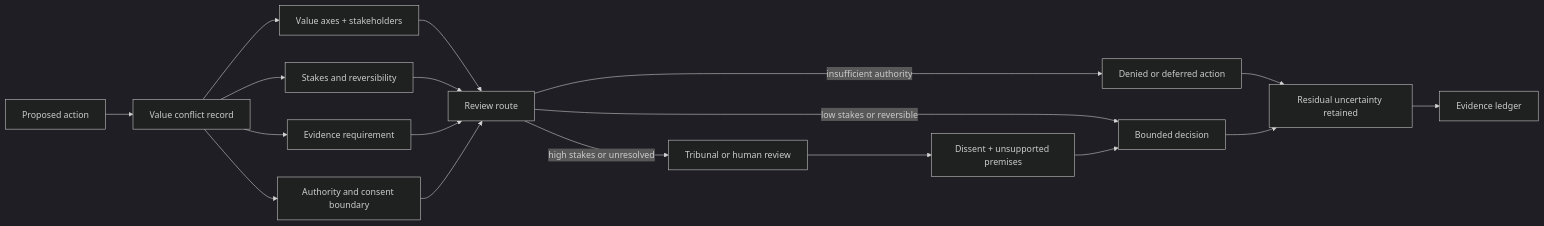
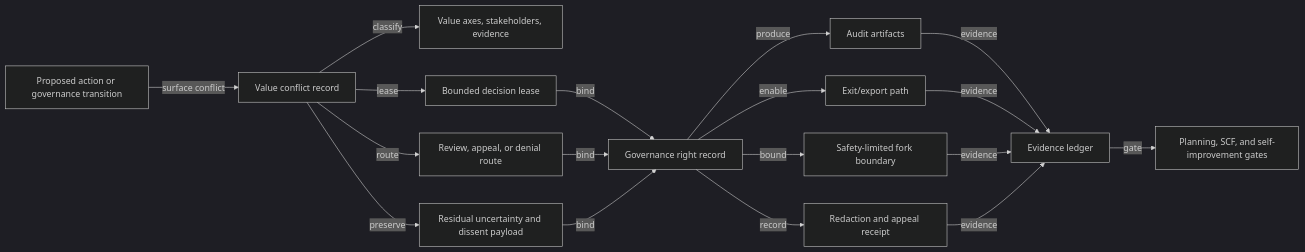
One commit to corbensorenson/asi-stack-book changed the diagram in chapters/moral-uncertainty-and-value-conflict.qmd. Above: the diagram before and after it, drawn with Mermaid (dark theme). The commit also changed other lines of this file and 68 other files, not shown here.

````diff
--- a/chapters/moral-uncertainty-and-value-conflict.qmd
+++ b/chapters/moral-uncertainty-and-value-conflict.qmd
@@ -119,20 +182,20 @@
 ```{mermaid}
 flowchart LR
-  Action["Proposed action"] --> Conflict["Value conflict record"]
-  Conflict --> Axes["Value axes + stakeholders"]
-  Conflict --> Stakes["Stakes and reversibility"]
-  Conflict --> EvidenceNeed["Evidence requirement"]
-  Conflict --> Authority["Authority and consent boundary"]
-  Axes --> Route["Review route"]
-  Stakes --> Route
-  EvidenceNeed --> Route
-  Authority --> Route
-  Route -->|low stakes or reversible| Bounded["Bounded decision"]
-  Route -->|high stakes or unresolved| Review["Tribunal or human review"]
-  Route -->|insufficient authority| Denied["Denied or deferred action"]
-  Review --> Dissent["Dissent + unsupported premises"]
-  Dissent --> Bounded
-  Denied --> Residual
-  Bounded --> Residual["Residual uncertainty retained"]
-  Residual --> Evidence["Evidence ledger"]
+  action["Proposed action or governance transition"] -- "surface conflict" --> conflict["Value conflict record"]
+  conflict -- "classify" --> axes["Value axes, stakeholders, evidence"]
+  conflict -- "lease" --> bounds["Bounded decision lease"]
+  conflict -- "route" --> review["Review, appeal, or denial route"]
+  conflict -- "preserve" --> residual["Residual uncertainty and dissent payload"]
+  bounds -- "bind" --> rights["Governance right record"]
+  review -- "bind" --> rights
+  residual -- "bind" --> rights
+  rights -- "produce" --> audit["Audit artifacts"]
+  rights -- "enable" --> exit_path["Exit/export path"]
+  rights -- "bound" --> fork["Safety-limited fork boundary"]
+  rights -- "record" --> appeal["Redaction and appeal receipt"]
+  audit -- "evidence" --> evidence["Evidence ledger"]
+  exit_path -- "evidence" --> evidence
+  fork -- "evidence" --> evidence
+  appeal -- "evidence" --> evidence
+  evidence -- "gate" --> gates["Planning, SCF, and self-improvement gates"]
 ```
````
